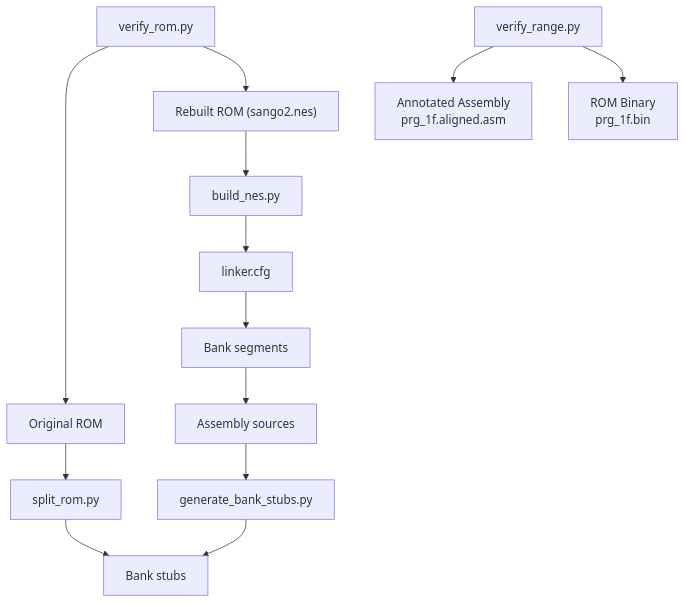
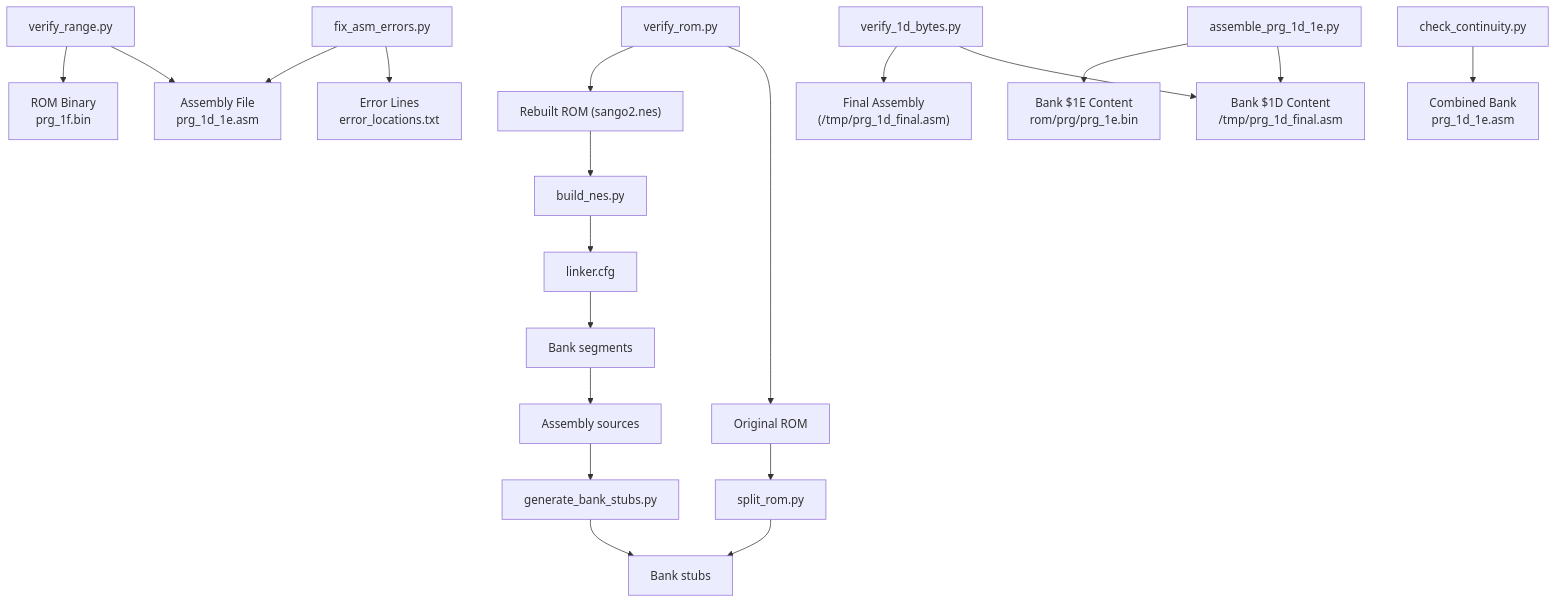
Before and after one commit to rabbyzero/sango2dasm: diagram 12 of 12 in .qoder/repowiki/en/content/Build System and Tools/ROM Verification and Validation.md, drawn with Mermaid. The commit also changed other lines of this file and 15 other files, not shown here.

````diff
--- a/.qoder/repowiki/en/content/Build System and Tools/ROM Verification and Validation.md
+++ b/.qoder/repowiki/en/content/Build System and Tools/ROM Verification and Validation.md
@@ -390,15 +775,22 @@
 ```mermaid
 graph TB
 VerifyFull["verify_rom.py"] --> Orig["Original ROM"]
 VerifyFull --> Rebuilt["Rebuilt ROM (sango2.nes)"]
 VerifyRange["verify_range.py"] --> ASMFile["Annotated Assembly<br/>prg_1f.aligned.asm"]
 VerifyRange --> ROMBin["ROM Binary<br/>prg_1f.bin"]
+VerifyBank1D["verify_1d_bytes.py"] --> Bank1D["Bank $1D Binary<br/>prg_1d.bin"]
+VerifyBank1D --> FinalASM["Final Assembly<br/>(/tmp/prg_1d_final.asm)"]
+CheckCont["check_continuity.py"] --> CombinedASM["Combined Bank<br/>prg_1d_1e.asm"]
+FixErr["fix_asm_errors.py"] --> ErrorFile["Error Lines<br/>error_locations.txt"]
+FixErr --> ASMFile["Assembly File<br/>prg_1d_1e.asm"]
+Assemble1D1E["assemble_prg_1d_1e.py"] --> Bank1D["Bank $1D Content<br/>/tmp/prg_1d_final.asm"]
+Assemble1D1E --> Bank1E["Bank $1E Content<br/>rom/prg/prg_1e.bin"]
 Rebuilt --> Build["build_nes.py"]
 Build --> Linker["linker.cfg"]
 Linker --> Segments["Bank segments"]
 Segments --> Asm["Assembly sources"]
 Asm --> Stubs["generate_bank_stubs.py"]
 Stubs --> Banks["Bank stubs"]
 Orig --> Split["split_rom.py"]
 Split --> Banks
 ```
````
